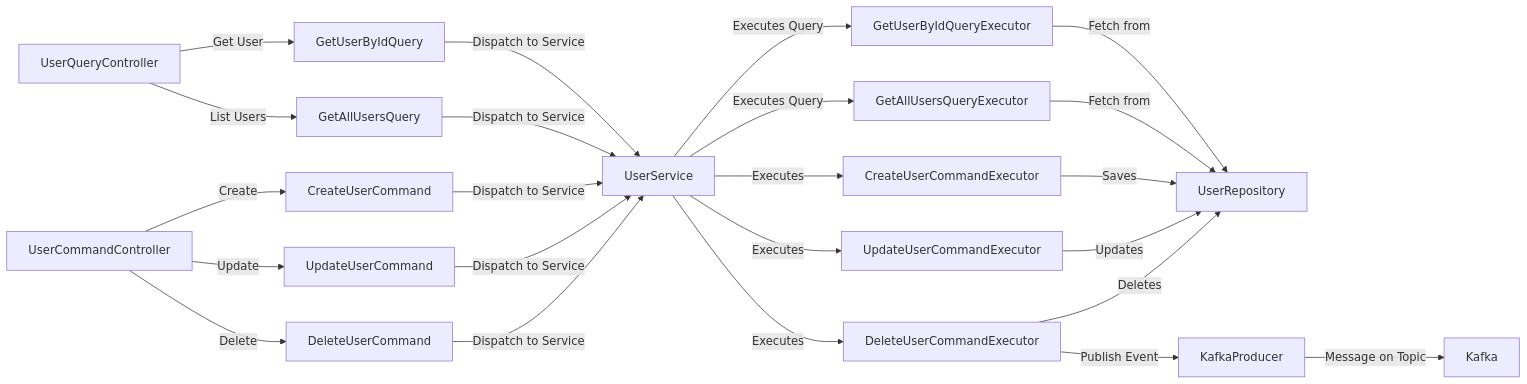
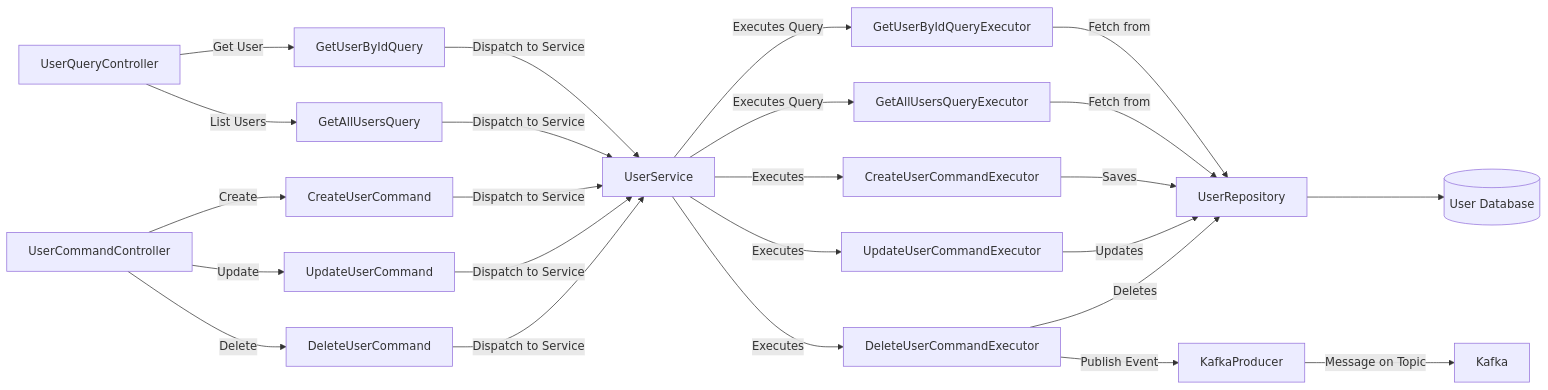
Before and after one commit to viswarajramji/user: the first of 8 diagrams in readme.md, drawn with Mermaid.

````diff
--- a/readme.md
+++ b/readme.md
@@ -27,32 +27,35 @@
 ```mermaid
 graph LR
     L[UserQueryController] -->|Get User| M[GetUserByIdQuery]
     L -->|List Users| N[GetAllUsersQuery]
     
     M -->|Dispatch to Service| E[UserService]
     N -->|Dispatch to Service| E
     
     E -->|Executes Query| O[GetUserByIdQueryExecutor]
     E -->|Executes Query| P[GetAllUsersQueryExecutor]
     
     O -->|Fetch from| I[UserRepository]
     P -->|Fetch from| I
+    
+    I --> DB[(User Database)]
     
     A[UserCommandController] -->|Create| B[CreateUserCommand]
     A -->|Update| C[UpdateUserCommand]
     A -->|Delete| D[DeleteUserCommand]
     
     B -->|Dispatch to Service| E
     C -->|Dispatch to Service| E
     D -->|Dispatch to Service| E
     
     E -->|Executes| F[CreateUserCommandExecutor]
     E -->|Executes| G[UpdateUserCommandExecutor]
     E -->|Executes| H[DeleteUserCommandExecutor]
     
     F -->|Saves| I
     G -->|Updates| I
     H -->|Deletes| I
     H -->|Publish Event| J[KafkaProducer]
     J -->|Message on Topic| K[Kafka]
+
 ```
````
